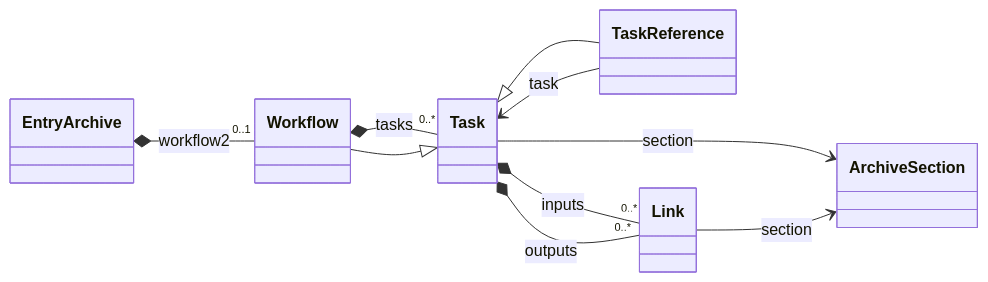
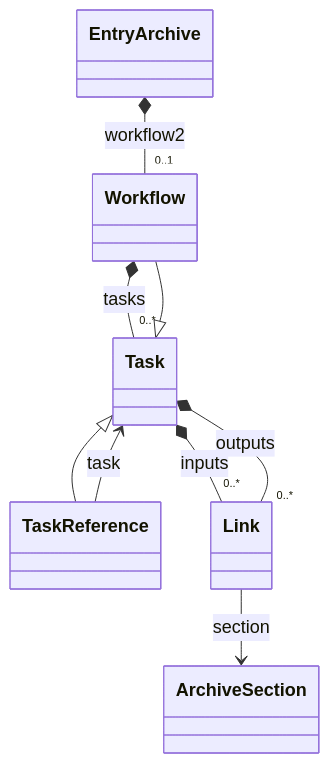
The first of 2 diagrams in docs/explanation/workflows.md (FAIRmat-NFDI/nomad-docs), drawn with Mermaid before and after one commit. The commit also changed other lines of this file and 2 other files, not shown here.

Commit message:
update reference diagrams

````diff
--- a/docs/explanation/workflows.md
+++ b/docs/explanation/workflows.md
@@ -28,20 +27,20 @@
 ```mermaid
+%%{init: {"themeVariables": {"fontSize": "18px"}}}%%
 classDiagram
-    direction LR
+    direction TB
     class EntryArchive
     class Workflow
     class Task
     class TaskReference
     class Link
     class ArchiveSection
 
     EntryArchive *-- "0..1" Workflow : workflow2
     Task <|-- Workflow
     Task <|-- TaskReference
     Workflow *-- "0..*" Task : tasks
     Task *-- "0..*" Link : inputs
     Task *-- "0..*" Link : outputs
-    Task --> ArchiveSection : section
     TaskReference --> Task : task
     Link --> ArchiveSection : section
 ```
````
